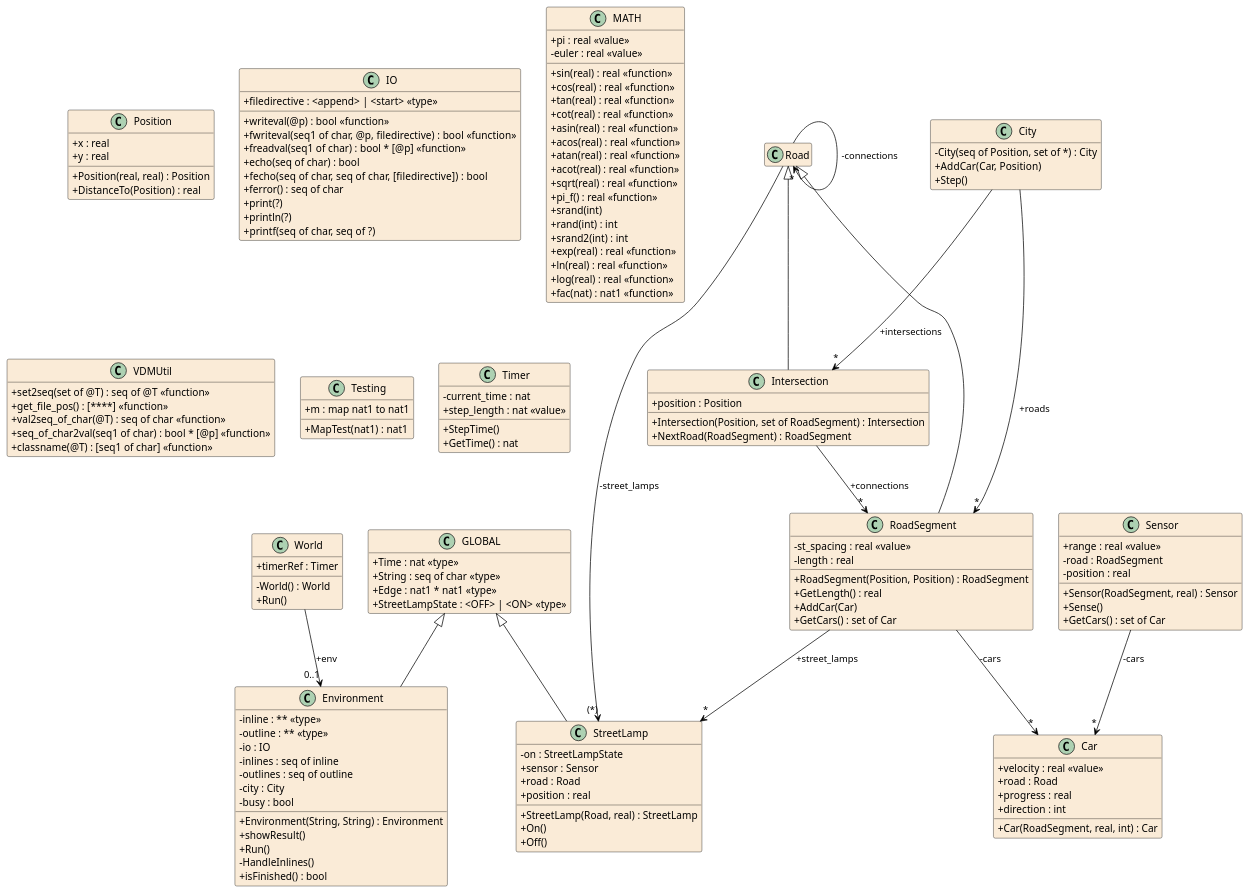
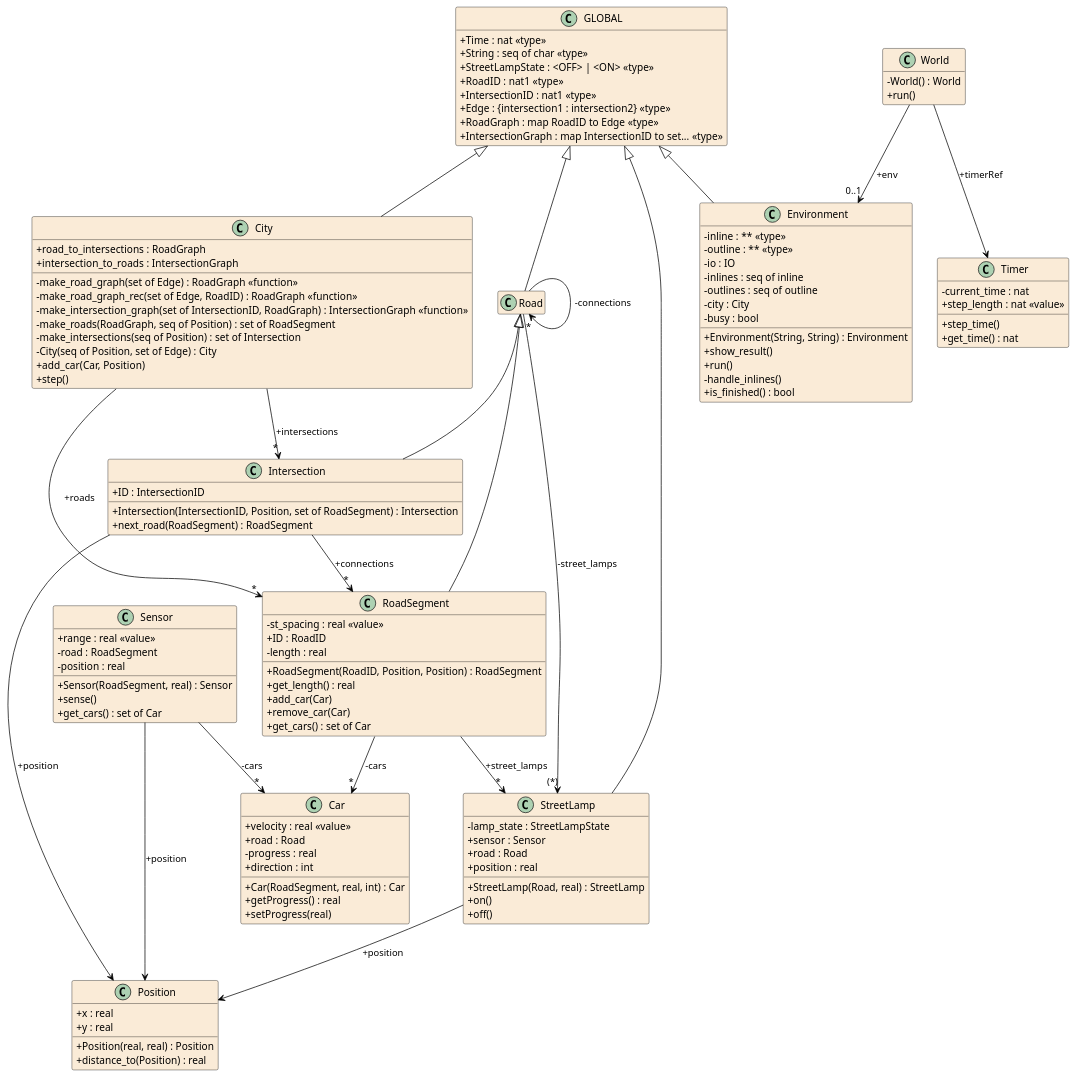
Before and after one commit to JnsJensen/mcs-ambient-light: the diagram in .generated/vdm2uml/mcs-ambient-light.puml, drawn with PlantUML. The commit also changed 11 other files, not shown here.

Commit message:
feat: all private instance variables with getters/setters, City Step function is operational - just missing the turning on street lamp logic

```diff
--- a/.generated/vdm2uml/mcs-ambient-light.puml
+++ b/.generated/vdm2uml/mcs-ambient-light.puml
@@ -1,186 +1,154 @@
 @startuml mcs-ambient-light
 
 hide empty members
 skinparam Shadowing false
 skinparam classAttributeIconSize 0
 skinparam ClassBorderThickness 0.5
 skinparam groupInheritance 5
 skinparam class {
 	BackgroundColor AntiqueWhite
 	ArrowColor Black
 	BorderColor Black
 }
 skinparam defaultTextAlignment center
 
+class GLOBAL
+{
+	+Time : nat <<type>>
+	+String : seq of char <<type>>
+	+StreetLampState : <OFF> | <ON> <<type>>
+	+RoadID : nat1 <<type>>
+	+IntersectionID : nat1 <<type>>
+	+Edge : {intersection1 : intersection2} <<type>>
+	+RoadGraph : map RoadID to Edge <<type>>
+	+IntersectionGraph : map IntersectionID to set... <<type>>
+}
+
+class Car
+{
+	+velocity : real <<value>>
+	+road : Road
+	-progress : real
+	+direction : int
+	+Car(RoadSegment, real, int) : Car
+	+getProgress() : real
+	+setProgress(real)
+}
+
+class City
+{
+	+road_to_intersections : RoadGraph
+	+intersection_to_roads : IntersectionGraph
+	-make_road_graph(set of Edge) : RoadGraph <<function>>
+	-make_road_graph_rec(set of Edge, RoadID) : RoadGraph <<function>>
+	-make_intersection_graph(set of IntersectionID, RoadGraph) : IntersectionGraph <<function>>
+	-make_roads(RoadGraph, seq of Position) : set of RoadSegment
+	-make_intersections(seq of Position) : set of Intersection
+	-City(seq of Position, set of Edge) : City
+	+add_car(Car, Position)
+	+step()
+}
+
+class Intersection
+{
+	+ID : IntersectionID
+	+Intersection(IntersectionID, Position, set of RoadSegment) : Intersection
+	+next_road(RoadSegment) : RoadSegment
+}
+
+class Road
+{
+}
+
+class RoadSegment
+{
+	-st_spacing : real <<value>>
+	+ID : RoadID
+	-length : real
+	+RoadSegment(RoadID, Position, Position) : RoadSegment
+	+get_length() : real
+	+add_car(Car)
+	+remove_car(Car)
+	+get_cars() : set of Car
+}
+
+class Sensor
+{
+	+range : real <<value>>
+	-road : RoadSegment
+	-position : real
+	+Sensor(RoadSegment, real) : Sensor
+	+sense()
+	+get_cars() : set of Car
+}
+
+class StreetLamp
+{
+	-lamp_state : StreetLampState
+	+sensor : Sensor
+	+road : Road
+	+position : real
+	+StreetLamp(Road, real) : StreetLamp
+	+on()
+	+off()
+}
+
+class Timer
+{
+	-current_time : nat
+	+step_length : nat <<value>>
+	+step_time()
+	+get_time() : nat
+}
+
 class Environment
 {
 	-inline : ** <<type>>
 	-outline : ** <<type>>
 	-io : IO
 	-inlines : seq of inline
 	-outlines : seq of outline
 	-city : City
 	-busy : bool
 	+Environment(String, String) : Environment
-	+showResult()
-	+Run()
-	-HandleInlines()
-	+isFinished() : bool
-}
-
-class GLOBAL
-{
-	+Time : nat <<type>>
-	+String : seq of char <<type>>
-	+Edge : nat1 * nat1 <<type>>
-	+StreetLampState : <OFF> | <ON> <<type>>
+	+show_result()
+	+run()
+	-handle_inlines()
+	+is_finished() : bool
 }
 
 class Position
 {
 	+x : real
 	+y : real
 	+Position(real, real) : Position
-	+DistanceTo(Position) : real
+	+distance_to(Position) : real
 }
 
 class World
 {
-	+timerRef : Timer
 	-World() : World
-	+Run()
+	+run()
 }
 
-class Car
-{
-	+velocity : real <<value>>
-	+road : Road
-	+progress : real
-	+direction : int
-	+Car(RoadSegment, real, int) : Car
-}
-
-class City
-{
-	-City(seq of Position, set of *) : City
-	+AddCar(Car, Position)
-	+Step()
-}
-
-class Intersection
-{
-	+position : Position
-	+Intersection(Position, set of RoadSegment) : Intersection
-	+NextRoad(RoadSegment) : RoadSegment
-}
-
-class IO
-{
-	+filedirective : <append> | <start> <<type>>
-	+writeval(@p) : bool <<function>>
-	+fwriteval(seq1 of char, @p, filedirective) : bool <<function>>
-	+freadval(seq1 of char) : bool * [@p] <<function>>
-	+echo(seq of char) : bool
-	+fecho(seq of char, seq of char, [filedirective]) : bool
-	+ferror() : seq of char
-	+print(?)
-	+println(?)
-	+printf(seq of char, seq of ?)
-}
-
-class MATH
-{
-	+sin(real) : real <<function>>
-	+cos(real) : real <<function>>
-	+tan(real) : real <<function>>
-	+cot(real) : real <<function>>
-	+asin(real) : real <<function>>
-	+acos(real) : real <<function>>
-	+atan(real) : real <<function>>
-	+acot(real) : real <<function>>
-	+sqrt(real) : real <<function>>
-	+pi_f() : real <<function>>
-	+srand(int)
-	+rand(int) : int
-	+srand2(int) : int
-	+exp(real) : real <<function>>
-	+ln(real) : real <<function>>
-	+log(real) : real <<function>>
-	+fac(nat) : nat1 <<function>>
-	+pi : real <<value>>
-	-euler : real <<value>>
-}
-
-class VDMUtil
-{
-	+set2seq(set of @T) : seq of @T <<function>>
-	+get_file_pos() : [****] <<function>>
-	+val2seq_of_char(@T) : seq of char <<function>>
-	+seq_of_char2val(seq1 of char) : bool * [@p] <<function>>
-	+classname(@T) : [seq1 of char] <<function>>
-}
-
-class Road
-{
-}
-
-class RoadSegment
-{
-	-st_spacing : real <<value>>
-	-length : real
-	+RoadSegment(Position, Position) : RoadSegment
-	+GetLength() : real
-	+AddCar(Car)
-	+GetCars() : set of Car
-}
-
-class Sensor
-{
-	+range : real <<value>>
-	-road : RoadSegment
-	-position : real
-	+Sensor(RoadSegment, real) : Sensor
-	+Sense()
-	+GetCars() : set of Car
-}
-
-class StreetLamp
-{
-	-on : StreetLampState
-	+sensor : Sensor
-	+road : Road
-	+position : real
-	+StreetLamp(Road, real) : StreetLamp
-	+On()
-	+Off()
-}
-
-class Testing
-{
-	+m : map nat1 to nat1
-	+MapTest(nat1) : nat1
-}
-
-class Timer
-{
-	-current_time : nat
-	+step_length : nat <<value>>
-	+StepTime()
-	+GetTime() : nat
-}
-
-GLOBAL <|-- Environment
-World --> "0..1" Environment : +env
+StreetLamp --> Position : +position
+Sensor --> Position : +position
+Intersection --> Position : +position
+World --> Timer : +timerRef
 City --> "*" Intersection : +intersections
 City --> "*" RoadSegment : +roads
+GLOBAL <|-- City
 Intersection --> "*" RoadSegment : +connections
 Road <|-- Intersection
 Road --> "(*)" StreetLamp : -street_lamps
 Road --> "*" Road : -connections
+GLOBAL <|-- Road
 RoadSegment --> "*" Car : -cars
 RoadSegment --> "*" StreetLamp : +street_lamps
 Road <|-- RoadSegment
 Sensor --> "*" Car : -cars
 GLOBAL <|-- StreetLamp
+GLOBAL <|-- Environment
+World --> "0..1" Environment : +env
 
 @enduml
```
